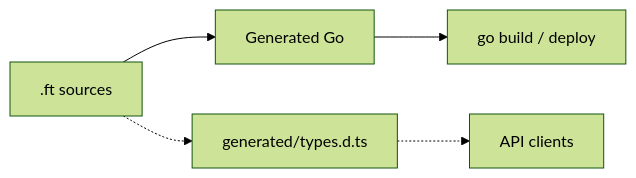
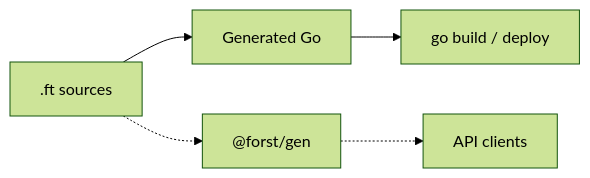
The diagram in docs/index.mdx (forst-lang/forst), drawn with Mermaid (forest theme) before and after one commit. The commit also changed other lines of this file and 94 other files, not shown here.

First line of the commit message:
feat(generate)!: emit self-contained @forst/gen TypeScript client package

````diff
--- a/docs/index.mdx
+++ b/docs/index.mdx
@@ -30,11 +30,11 @@
 ```mermaid
 flowchart LR
   ft[".ft sources"]
   goOut["Generated Go"]
   deploy["go build / deploy"]
-  dts["generated/types.d.ts"]
+  dts["@forst/gen"]
   clients["API clients"]
 
   ft --> goOut --> deploy
   ft -.-> dts -.-> clients
 ```
````
